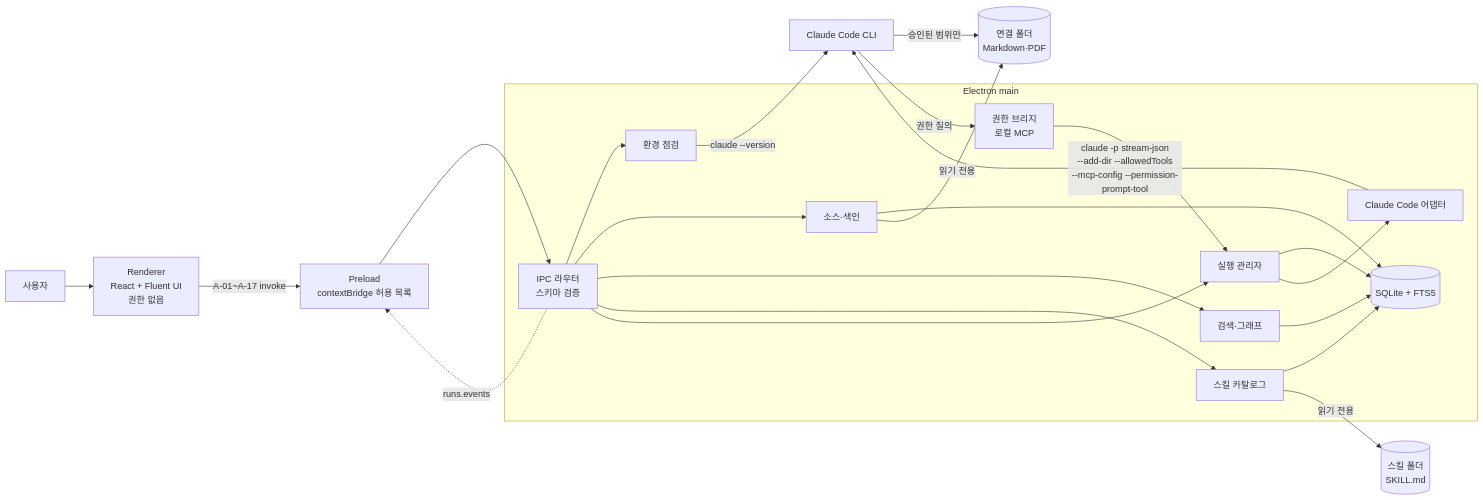
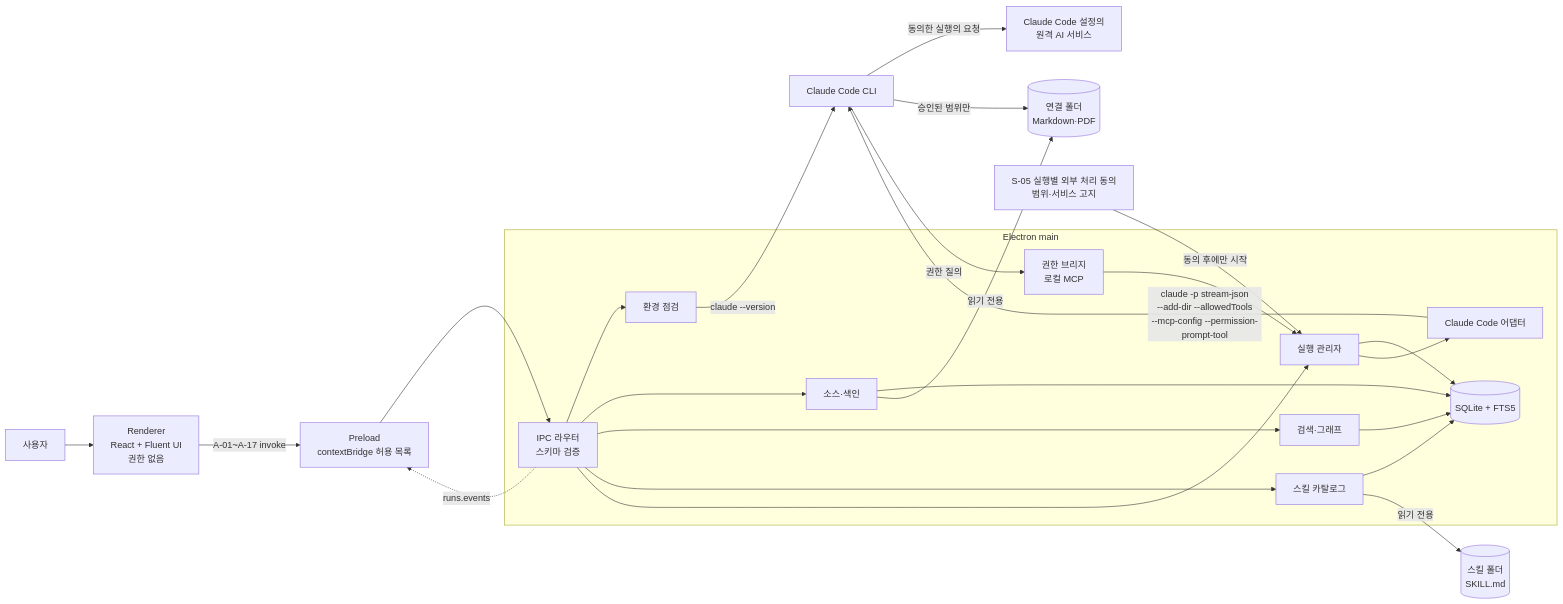
The diagram in docs/diagrams/architecture.mmd (DevOps0906/Nomad-Agents-Lab), drawn with Mermaid before and after one commit. The commit also changed 34 other files, not shown here.

```diff
--- a/docs/diagrams/architecture.mmd
+++ b/docs/diagrams/architecture.mmd
@@ -1,33 +1,35 @@
 flowchart LR
   user["사용자"] --> renderer["Renderer<br/>React + Fluent UI<br/>권한 없음"]
   renderer -->|"A-01~A-17 invoke"| preload["Preload<br/>contextBridge 허용 목록"]
   preload --> ipc["IPC 라우터<br/>스키마 검증"]
   ipc -.->|"runs.events"| preload
   subgraph main["Electron main"]
     ipc
     env["환경 점검"]
     indexer["소스·색인"]
     search["검색·그래프"]
     skills["스킬 카탈로그"]
     runs["실행 관리자"]
     adapter["Claude Code 어댑터"]
     bridge["권한 브리지<br/>로컬 MCP"]
     db[("SQLite + FTS5")]
   end
   ipc --> env
   ipc --> indexer
   ipc --> search
   ipc --> skills
   ipc --> runs
   indexer --> db
   search --> db
   skills --> db
   runs --> db
   runs --> adapter
   bridge --> runs
   indexer -->|"읽기 전용"| folders[("연결 폴더<br/>Markdown·PDF")]
   skills -->|"읽기 전용"| skillDirs[("스킬 폴더<br/>SKILL.md")]
   env -->|"claude --version"| cli["Claude Code CLI"]
   adapter -->|"claude -p stream-json<br/>--add-dir --allowedTools<br/>--mcp-config --permission-prompt-tool"| cli
+  consent["S-05 실행별 외부 처리 동의<br/>범위·서비스 고지"] -->|"동의 후에만 시작"| runs
+  cli -->|"동의한 실행의 요청"| ai["Claude Code 설정의<br/>원격 AI 서비스"]
   cli -->|"권한 질의"| bridge
   cli -->|"승인된 범위만"| folders
```
